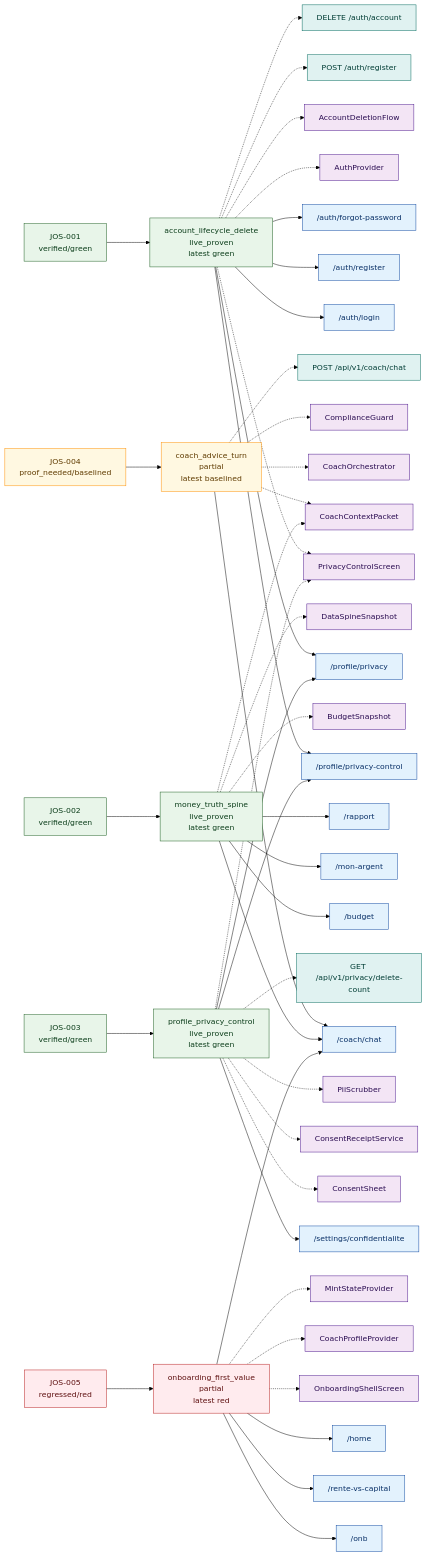
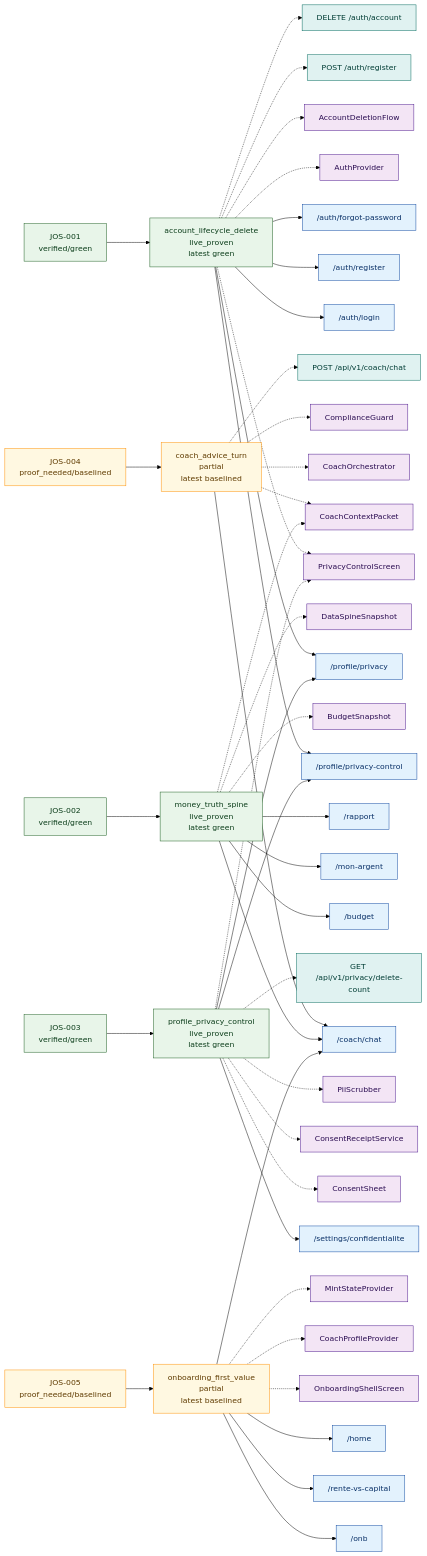
Before and after one commit to MINT-IA/MINT: the diagram in .planning/journeys/diagrams/system_map.mmd, drawn with Mermaid (forest theme). The commit also changed 7 other files, not shown here.

Commit message:
docs(journey): baseline jos005 route proof

```diff
--- a/.planning/journeys/diagrams/system_map.mmd
+++ b/.planning/journeys/diagrams/system_map.mmd
@@ -1,134 +1,134 @@
 %% Generated from .planning/journeys/records/*.json and issues/*.json
 flowchart LR
   classDef green fill:#e8f5e9,stroke:#1b5e20,color:#0b3d1a;
   classDef red fill:#ffebee,stroke:#b71c1c,color:#5f1111;
   classDef amber fill:#fff8e1,stroke:#ff8f00,color:#5f3b00;
   classDef blocked fill:#eceff1,stroke:#455a64,color:#263238;
   classDef neutral fill:#f5f5f5,stroke:#616161,color:#212121;
   classDef route fill:#e3f2fd,stroke:#0d47a1,color:#082f66;
   classDef surface fill:#f3e5f5,stroke:#4a148c,color:#2b0d52;
   classDef api fill:#e0f2f1,stroke:#00695c,color:#003d35;
   journey_account_lifecycle_delete["account_lifecycle_delete<br/>live_proven<br/>latest green"]
   class journey_account_lifecycle_delete green
   route_auth_login["/auth/login"]
   journey_account_lifecycle_delete --> route_auth_login
   class route_auth_login route
   route_auth_register["/auth/register"]
   journey_account_lifecycle_delete --> route_auth_register
   class route_auth_register route
   route_auth_forgot_password["/auth/forgot-password"]
   journey_account_lifecycle_delete --> route_auth_forgot_password
   class route_auth_forgot_password route
   route_profile_privacy_control["/profile/privacy-control"]
   journey_account_lifecycle_delete --> route_profile_privacy_control
   class route_profile_privacy_control route
   route_profile_privacy["/profile/privacy"]
   journey_account_lifecycle_delete --> route_profile_privacy
   class route_profile_privacy route
   surface_AuthProvider["AuthProvider"]
   journey_account_lifecycle_delete -.-> surface_AuthProvider
   class surface_AuthProvider surface
   surface_PrivacyControlScreen["PrivacyControlScreen"]
   journey_account_lifecycle_delete -.-> surface_PrivacyControlScreen
   class surface_PrivacyControlScreen surface
   surface_AccountDeletionFlow["AccountDeletionFlow"]
   journey_account_lifecycle_delete -.-> surface_AccountDeletionFlow
   class surface_AccountDeletionFlow surface
   api_POST_auth_register["POST /auth/register"]
   journey_account_lifecycle_delete -.-> api_POST_auth_register
   class api_POST_auth_register api
   api_DELETE_auth_account["DELETE /auth/account"]
   journey_account_lifecycle_delete -.-> api_DELETE_auth_account
   class api_DELETE_auth_account api
   issue_JOS_001["JOS-001<br/>verified/green"]
   issue_JOS_001 --> journey_account_lifecycle_delete
   class issue_JOS_001 green
   journey_coach_advice_turn["coach_advice_turn<br/>partial<br/>latest baselined"]
   class journey_coach_advice_turn amber
   route_coach_chat["/coach/chat"]
   journey_coach_advice_turn --> route_coach_chat
   class route_coach_chat route
   surface_CoachOrchestrator["CoachOrchestrator"]
   journey_coach_advice_turn -.-> surface_CoachOrchestrator
   class surface_CoachOrchestrator surface
   surface_CoachContextPacket["CoachContextPacket"]
   journey_coach_advice_turn -.-> surface_CoachContextPacket
   class surface_CoachContextPacket surface
   surface_ComplianceGuard["ComplianceGuard"]
   journey_coach_advice_turn -.-> surface_ComplianceGuard
   class surface_ComplianceGuard surface
   api_POST_api_v1_coach_chat["POST /api/v1/coach/chat"]
   journey_coach_advice_turn -.-> api_POST_api_v1_coach_chat
   class api_POST_api_v1_coach_chat api
   issue_JOS_004["JOS-004<br/>proof_needed/baselined"]
   issue_JOS_004 --> journey_coach_advice_turn
   class issue_JOS_004 amber
   journey_money_truth_spine["money_truth_spine<br/>live_proven<br/>latest green"]
   class journey_money_truth_spine green
   route_budget["/budget"]
   journey_money_truth_spine --> route_budget
   class route_budget route
   route_mon_argent["/mon-argent"]
   journey_money_truth_spine --> route_mon_argent
   class route_mon_argent route
   route_rapport["/rapport"]
   journey_money_truth_spine --> route_rapport
   class route_rapport route
   journey_money_truth_spine --> route_coach_chat
   surface_BudgetSnapshot["BudgetSnapshot"]
   journey_money_truth_spine -.-> surface_BudgetSnapshot
   class surface_BudgetSnapshot surface
   surface_DataSpineSnapshot["DataSpineSnapshot"]
   journey_money_truth_spine -.-> surface_DataSpineSnapshot
   class surface_DataSpineSnapshot surface
   journey_money_truth_spine -.-> surface_CoachContextPacket
   issue_JOS_002["JOS-002<br/>verified/green"]
   issue_JOS_002 --> journey_money_truth_spine
   class issue_JOS_002 green
-  journey_onboarding_first_value["onboarding_first_value<br/>partial<br/>latest red"]
-  class journey_onboarding_first_value red
+  journey_onboarding_first_value["onboarding_first_value<br/>partial<br/>latest baselined"]
+  class journey_onboarding_first_value amber
   route_onb["/onb"]
   journey_onboarding_first_value --> route_onb
   class route_onb route
   route_rente_vs_capital["/rente-vs-capital"]
   journey_onboarding_first_value --> route_rente_vs_capital
   class route_rente_vs_capital route
   journey_onboarding_first_value --> route_coach_chat
   route_home["/home"]
   journey_onboarding_first_value --> route_home
   class route_home route
   surface_OnboardingShellScreen["OnboardingShellScreen"]
   journey_onboarding_first_value -.-> surface_OnboardingShellScreen
   class surface_OnboardingShellScreen surface
   surface_CoachProfileProvider["CoachProfileProvider"]
   journey_onboarding_first_value -.-> surface_CoachProfileProvider
   class surface_CoachProfileProvider surface
   surface_MintStateProvider["MintStateProvider"]
   journey_onboarding_first_value -.-> surface_MintStateProvider
   class surface_MintStateProvider surface
-  issue_JOS_005["JOS-005<br/>regressed/red"]
+  issue_JOS_005["JOS-005<br/>proof_needed/baselined"]
   issue_JOS_005 --> journey_onboarding_first_value
-  class issue_JOS_005 red
+  class issue_JOS_005 amber
   journey_profile_privacy_control["profile_privacy_control<br/>live_proven<br/>latest green"]
   class journey_profile_privacy_control green
   journey_profile_privacy_control --> route_profile_privacy_control
   journey_profile_privacy_control --> route_profile_privacy
   route_settings_confidentialite["/settings/confidentialite"]
   journey_profile_privacy_control --> route_settings_confidentialite
   class route_settings_confidentialite route
   journey_profile_privacy_control -.-> surface_PrivacyControlScreen
   surface_ConsentSheet["ConsentSheet"]
   journey_profile_privacy_control -.-> surface_ConsentSheet
   class surface_ConsentSheet surface
   surface_ConsentReceiptService["ConsentReceiptService"]
   journey_profile_privacy_control -.-> surface_ConsentReceiptService
   class surface_ConsentReceiptService surface
   surface_PiiScrubber["PiiScrubber"]
   journey_profile_privacy_control -.-> surface_PiiScrubber
   class surface_PiiScrubber surface
   api_GET_api_v1_privacy_delete_count["GET /api/v1/privacy/delete-count"]
   journey_profile_privacy_control -.-> api_GET_api_v1_privacy_delete_count
   class api_GET_api_v1_privacy_delete_count api
   issue_JOS_003["JOS-003<br/>verified/green"]
   issue_JOS_003 --> journey_profile_privacy_control
   class issue_JOS_003 green
```
